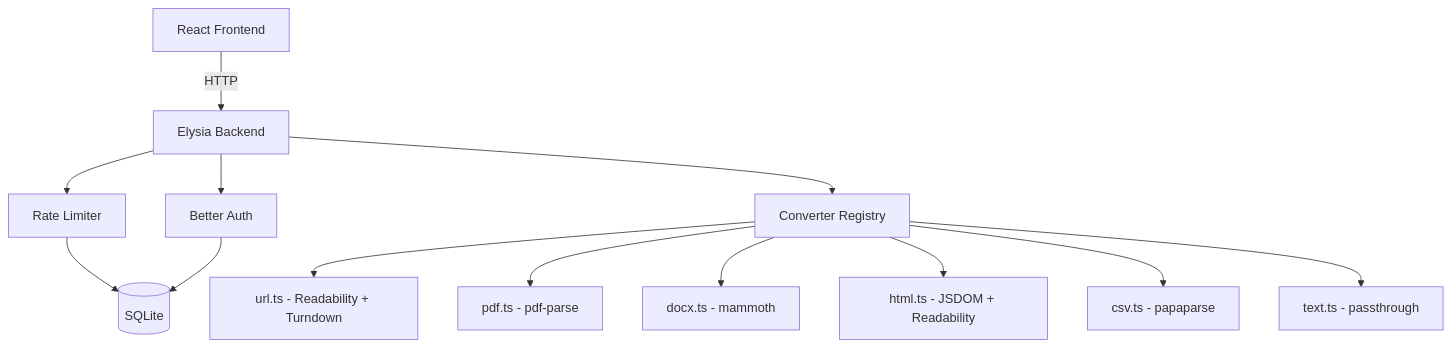
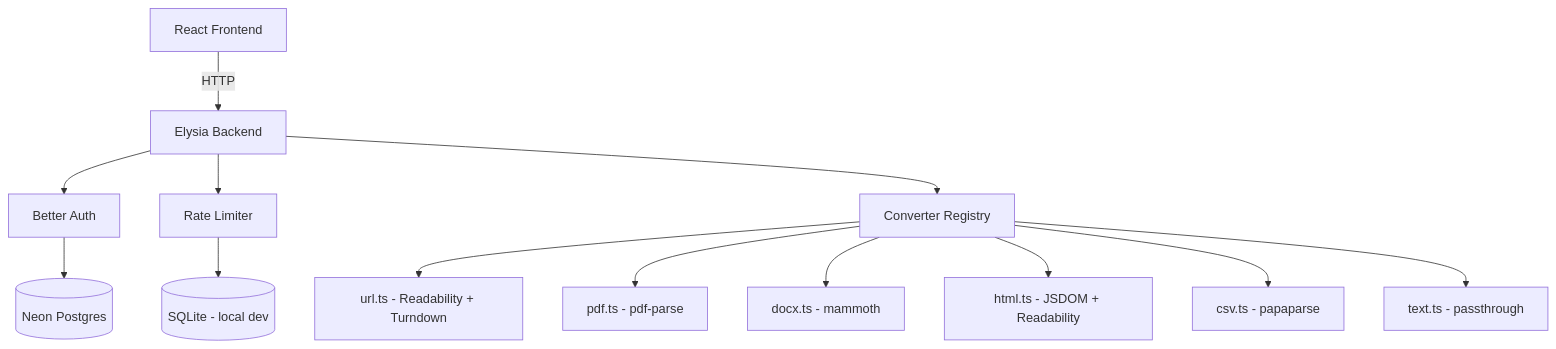
The diagram in README.md (SamuzDev/mekdara), drawn with Mermaid before and after one commit. The commit also changed other lines of this file, not shown here.

Commit message:
docs: update README with Neon Postgres, correct rate limits, and Aurora background

````diff
--- a/README.md
+++ b/README.md
@@ -162,15 +164,15 @@
 ```mermaid
 graph TB
     Client[React Frontend] -->|HTTP| Server[Elysia Backend]
     Server --> Auth[Better Auth]
     Server --> RateLimit[Rate Limiter]
     Server --> Converters[Converter Registry]
     Converters --> URL[url.ts - Readability + Turndown]
     Converters --> PDF[pdf.ts - pdf-parse]
     Converters --> DOCX[docx.ts - mammoth]
     Converters --> HTML[html.ts - JSDOM + Readability]
     Converters --> CSV[csv.ts - papaparse]
     Converters --> TEXT[text.ts - passthrough]
-    RateLimit --> SQLite[(SQLite)]
-    Auth --> SQLite
+    RateLimit --> SQLite[(SQLite - local dev)]
+    Auth --> Neon[(Neon Postgres)]
 ```
````
